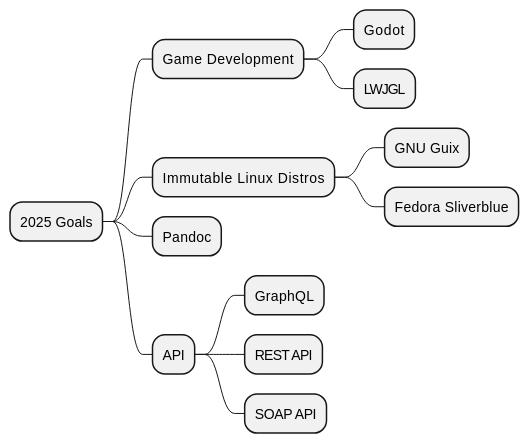
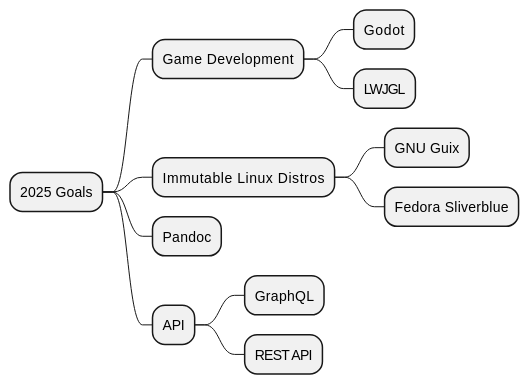
Before and after one commit to iwillig/iwillig: the first of 3 diagrams in src/hello_world.md, drawn with PlantUML. The commit also changed 9 other files, not shown here.

Commit message:
Remove Soap reference in mindmap

```diff
--- a/src/hello_world.md
+++ b/src/hello_world.md
@@ -22,16 +22,15 @@
 ~~~{ .plantuml plantuml-filename=images/goals.svg }
 @startmindmap
 * 2025 Goals
 ** Game Development
 *** Godot
 *** LWJGL
 ** Immutable Linux Distros
 *** GNU Guix
 *** Fedora Sliverblue
 ** Pandoc
 ** API
 *** GraphQL
 *** REST API
-*** SOAP API
 @endmindmap
 ~~~
```
